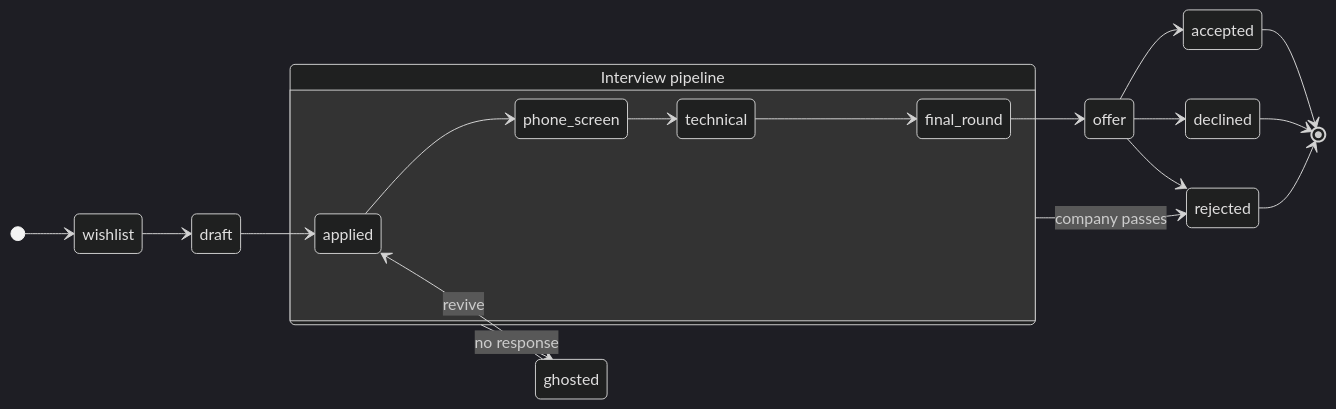
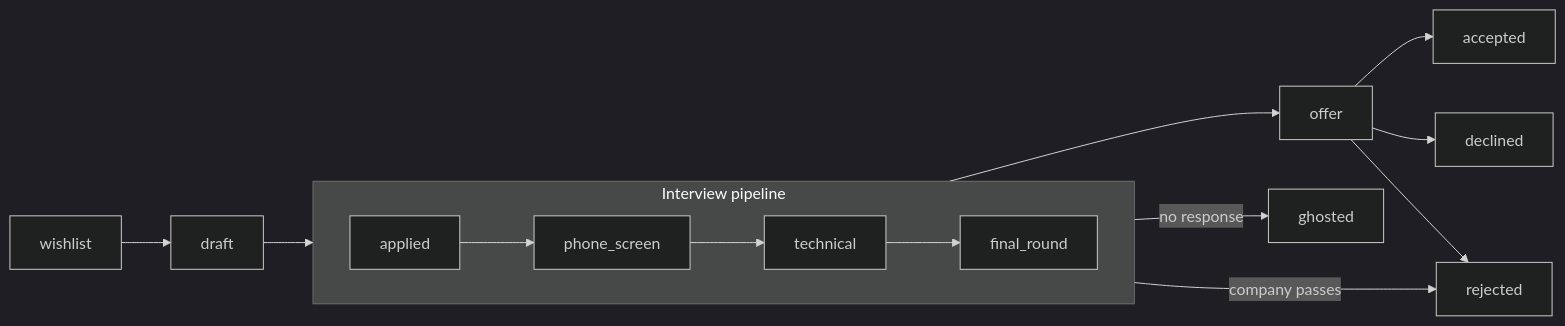
One commit to chairulakmal/karirkalyan changed the diagram in README.md. Above: the diagram before and after it, drawn with Mermaid (dark theme).

Commit message:
fix(docs): improve mermaid diagram of fsm

````diff
--- a/README.md
+++ b/README.md
@@ -31,26 +31,16 @@
 ```mermaid
-stateDiagram-v2
-    direction LR
-    [*] --> wishlist
-    wishlist --> draft
-    draft --> applied
+flowchart LR
+    subgraph pipeline [Interview pipeline]
+        direction LR
+        applied --> phone_screen --> technical --> final_round
+    end
 
-    state "Interview pipeline" as pipeline {
-        direction LR
-        applied --> phone_screen
-        phone_screen --> technical
-        technical --> final_round
-    }
+    wishlist --> draft --> applied
+    final_round --> offer
 
-    final_round --> offer
     offer --> accepted
     offer --> declined
     offer --> rejected
-    pipeline --> rejected : company passes
-    pipeline --> ghosted : no response
-    ghosted --> applied : revive
-
-    accepted --> [*]
-    rejected --> [*]
-    declined --> [*]
+    pipeline -- company passes --> rejected
+    pipeline -- no response --> ghosted
 ```
````
